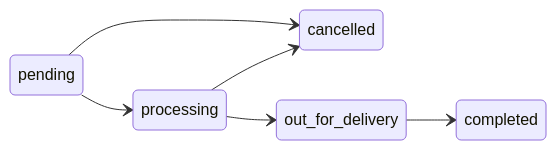
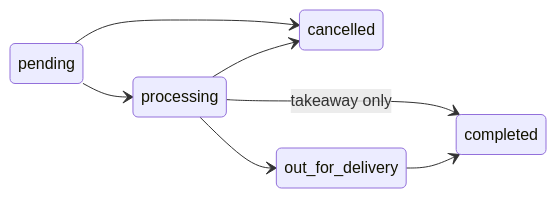
The diagram in docs/pos-website-link.md (habibGamal/turbo_tenant), drawn with Mermaid before and after one commit. The commit also changed other lines of this file and 10 other files, not shown here.

First line of the commit message:
Let takeaway web orders complete from processing

````diff
--- a/docs/pos-website-link.md
+++ b/docs/pos-website-link.md
@@ -74,9 +74,10 @@
 ```mermaid
 stateDiagram-v2
   direction LR
   pending --> processing
   pending --> cancelled
   processing --> out_for_delivery
   processing --> cancelled
+  processing --> completed : takeaway only
   out_for_delivery --> completed
 ```
````
